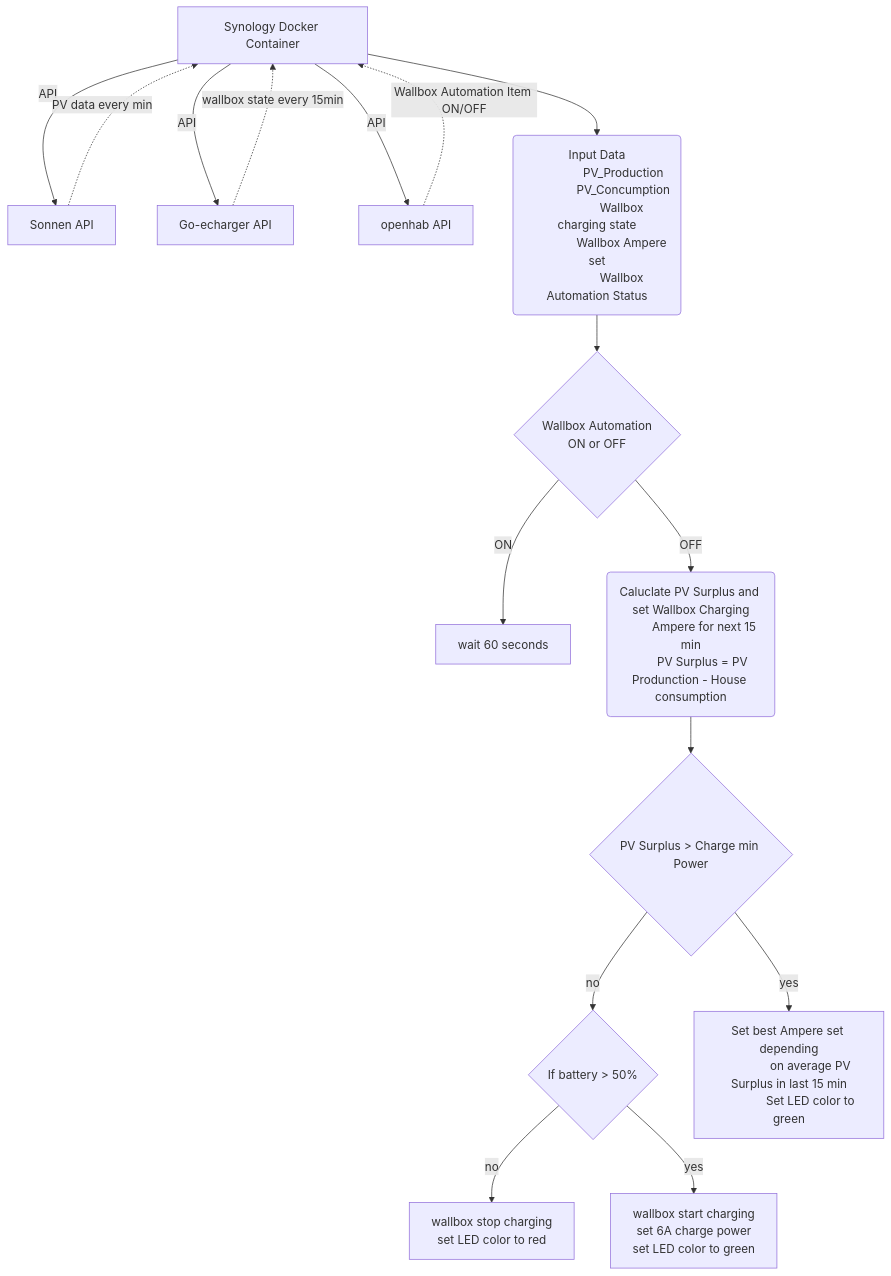
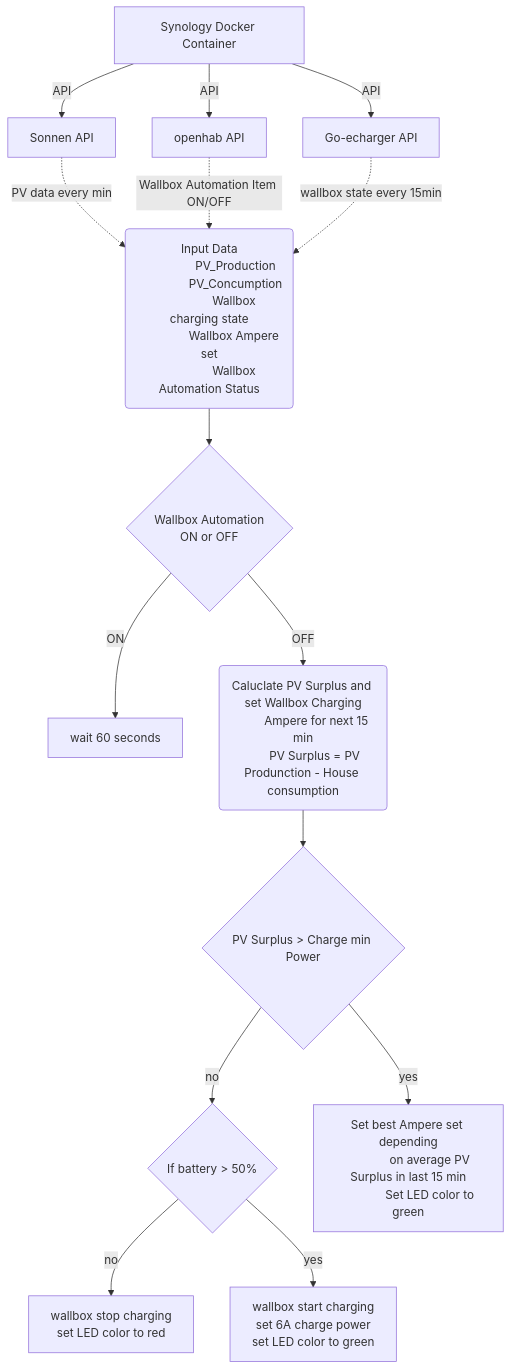
The diagram in README.md (schwabenschulle/pvcharger), drawn with Mermaid before and after one commit.

````diff
--- a/README.md
+++ b/README.md
@@ -22,32 +22,32 @@
 ```mermaid
 graph TD
 A[Synology Docker Container] -->|API| B[Sonnen API]
-B[Sonnen API] -.->|PV data every min| A[Synology Docker Container]
+
 A[Synology Docker Container] -->|API| C[Go-echarger API]
-C[Go-echarger API] -.->|wallbox state every 15min| A[Synology Docker Container]
 A[Synology Docker Container] -->|API| K[openhab API]
-K[openhab API] -.->|Wallbox Automation Item ON/OFF| A[Synology Docker Container]
-A[Synology Docker Container] -->D("Input Data
+B[Sonnen API] -.->|PV data every min|D("Input Data
                 PV_Production
                 PV_Concumption
                 Wallbox charging state
                 Wallbox Ampere set
                 Wallbox Automation Status")
+K[openhab API] -.->|Wallbox Automation Item ON/OFF| D
+C[Go-echarger API] -.->|wallbox state every 15min| D
 D --> L{"Wallbox Automation
           ON or OFF"}
 L -->|ON| M["wait 60 seconds"]
 L -->|OFF| E("Caluclate PV Surplus and set Wallbox Charging
          Ampere for next 15 min
         PV Surplus = PV Produnction - House consumption")
 E --> F{"PV Surplus > Charge min Power"}
 F -->|no| G{"If battery > 50%"}
 G --> |no| H["wallbox stop charging
              set LED color to red"]
 G -->|yes| I["wallbox start charging
               set 6A charge power
               set LED color to green"]
 F -->|yes| J["Set best Ampere set depending
               on average PV Surplus in last 15 min
               Set LED color to green"]
 
 ```
````
